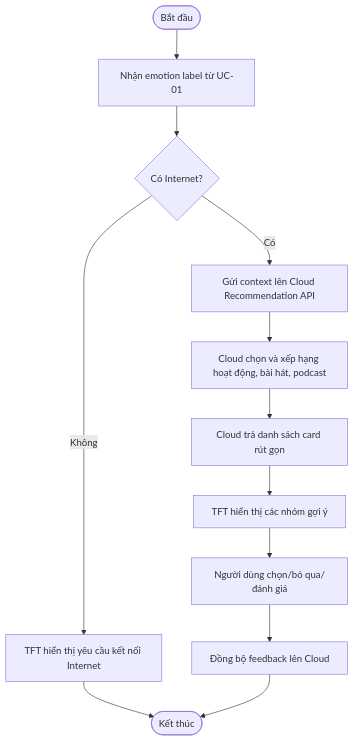
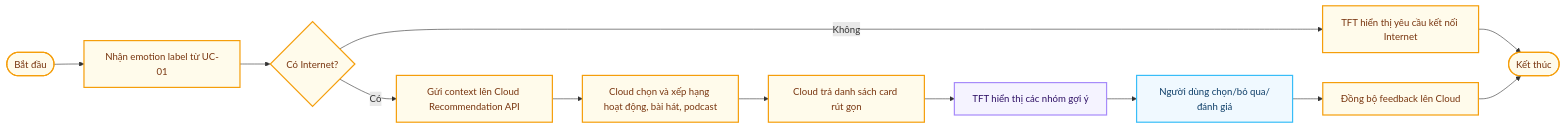
One commit to Computer-Vision-HCMUS/AIoT-Server changed the sixth of 12 diagrams in docs/Spectification/EmotiCareAIoT/03_Objectives.md. Above: the diagram before and after it, drawn with Mermaid. The commit also changed other lines of this file and 88 other files, not shown here.

````diff
--- a/docs/Spectification/EmotiCareAIoT/03_Objectives.md
+++ b/docs/Spectification/EmotiCareAIoT/03_Objectives.md
@@ -250,18 +317,29 @@
 ```mermaid
-flowchart TD
+flowchart LR
     Start([Bắt đầu])
     Emotion["Nhận emotion label từ UC-01"]
     Online{"Có Internet?"}
     NeedNet["TFT hiển thị yêu cầu kết nối Internet"]
     Send["Gửi context lên Cloud Recommendation API"]
     Rank["Cloud chọn và xếp hạng hoạt động, bài hát, podcast"]
     Return["Cloud trả danh sách card rút gọn"]
     Display["TFT hiển thị các nhóm gợi ý"]
     Feedback["Người dùng chọn/bỏ qua/đánh giá"]
     Save["Đồng bộ feedback lên Cloud"]
     End([Kết thúc])
 
     Start --> Emotion --> Online
     Online -- "Không" --> NeedNet --> End
     Online -- "Có" --> Send --> Rank --> Return --> Display --> Feedback --> Save --> End
+
+
+    classDef userNode stroke:#818cf8,fill:#eef2ff,stroke-width:2px,color:#1e1b4b
+    classDef edgeNode stroke:#a78bfa,fill:#f5f3ff,stroke-width:2px,color:#2e1065
+    classDef cacheNode stroke:#2dd4bf,fill:#f0fdfa,stroke-width:2px,color:#0d5a57
+    classDef cloudNode stroke:#38bdf8,fill:#f0f9ff,stroke-width:2px,color:#0c3d67
+    classDef serviceNode stroke:#4ade80,fill:#f0fdf4,stroke-width:2px,color:#1a3a1a
+    classDef actionNode stroke:#f59e0b,fill:#fffbeb,stroke-width:2px,color:#78350f
+    class Display edgeNode
+    class Feedback cloudNode
+    class Start,Emotion,Online,NeedNet,Send,Rank,Return,Save,End actionNode
 ```
````
